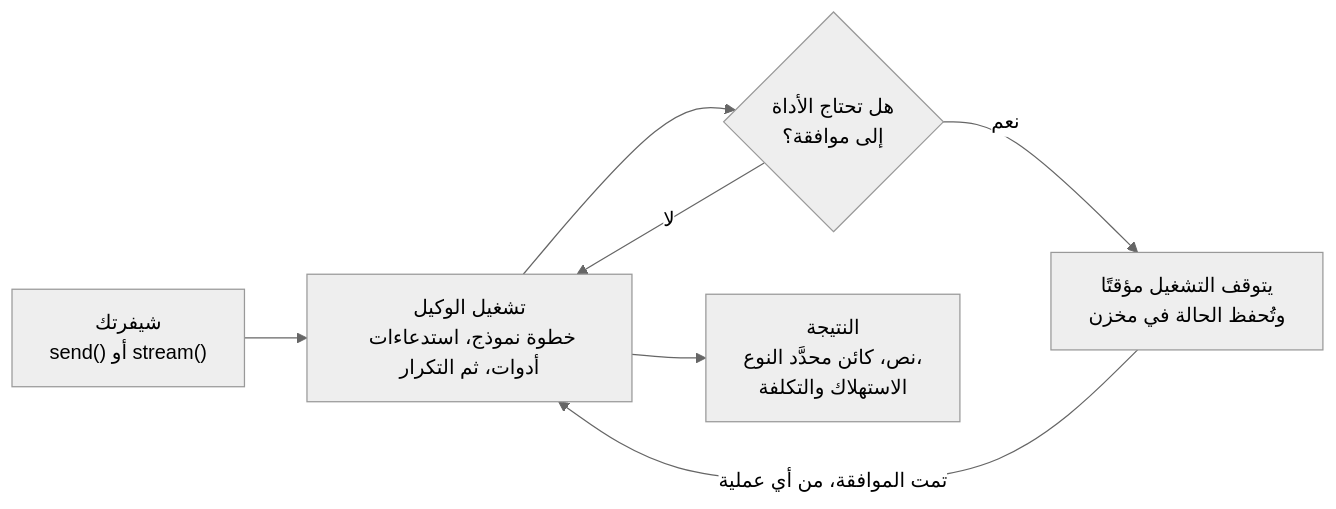
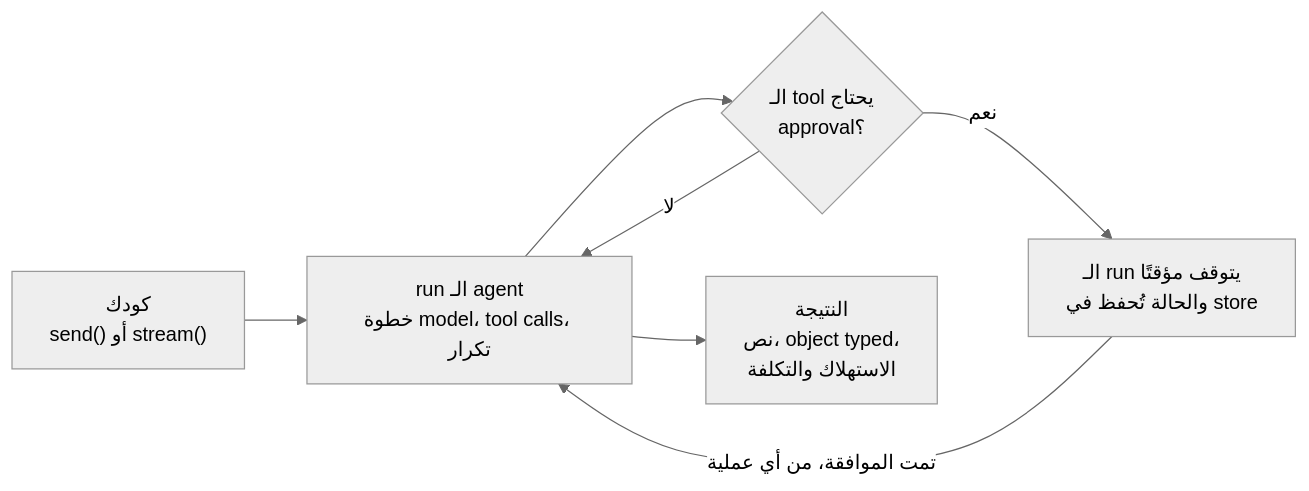
Before and after one commit to LinuxDevil/agent-sdk-docs: the diagram in ar/introduction.mdx, drawn with Mermaid (neutral theme). The commit also changed other lines of this file and 64 other files, not shown here.

````diff
--- a/ar/introduction.mdx
+++ b/ar/introduction.mdx
@@ -10,9 +10,9 @@
 ```mermaid
 flowchart LR
-    A["شيفرتك<br/>send() أو stream()"] --> B["تشغيل الوكيل<br/>خطوة نموذج، استدعاءات أدوات، ثم التكرار"]
-    B --> C{"هل تحتاج الأداة<br/>إلى موافقة؟"}
+    A["كودك<br/>send() أو stream()"] --> B["run الـ agent<br/>خطوة model، tool calls، تكرار"]
+    B --> C{"الـ tool يحتاج<br/>approval؟"}
     C -- "لا" --> B
-    C -- "نعم" --> D["يتوقف التشغيل مؤقتًا<br/>وتُحفظ الحالة في مخزن"]
+    C -- "نعم" --> D["الـ run يتوقف مؤقتًا<br/>والحالة تُحفظ في store"]
     D -- "تمت الموافقة، من أي عملية" --> B
-    B --> E["النتيجة<br/>نص، كائن محدَّد النوع،<br/>الاستهلاك والتكلفة"]
+    B --> E["النتيجة<br/>نص، object typed،<br/>الاستهلاك والتكلفة"]
 ```
````
